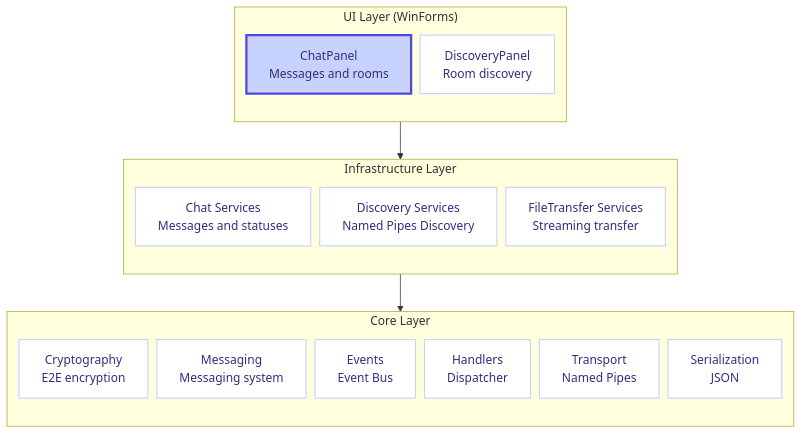
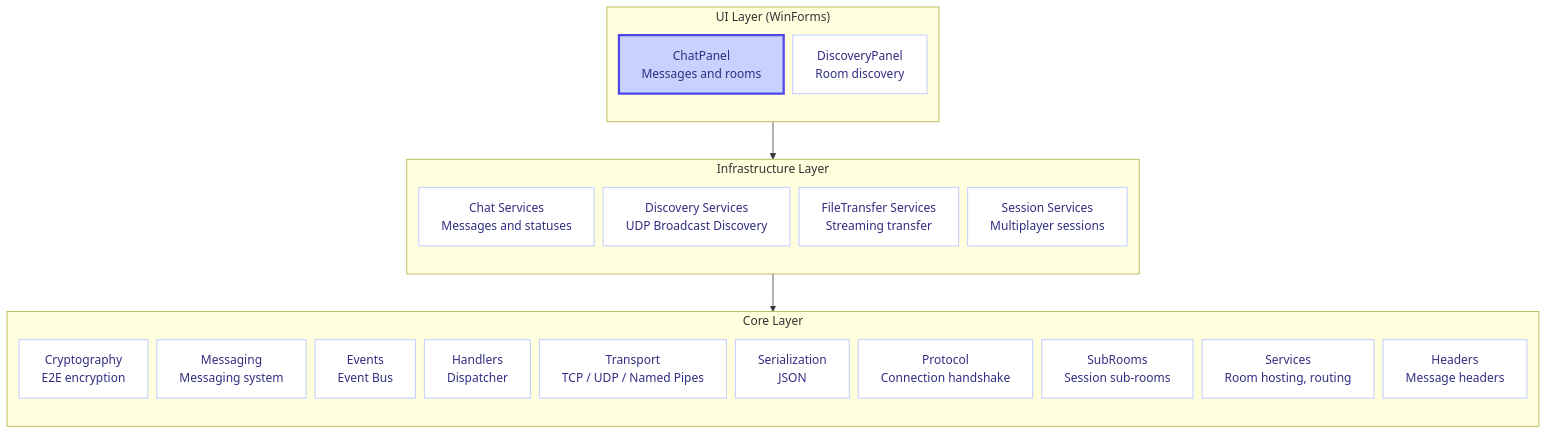
Before and after one commit to CasCadeVR/MIN: the first of 5 diagrams in README.md, drawn with Mermaid. The commit also changed other lines of this file and 218 other files, not shown here.

````diff
--- a/README.md
+++ b/README.md
@@ -48,41 +56,46 @@
 ```mermaid
 flowchart TB
     %%{init: {'flowchart': {'nodeSpacing': 12}}}%%
     classDef uiLayer fill:#dbeafe,stroke:#3b82f6,stroke-width:2px,color:#1e40af
     classDef infraLayer fill:#e0e7ff,stroke:#4f46e5,stroke-width:2px,color:#3730a3
     classDef coreLayer fill:#ede9fe,stroke:#7c3aed,stroke-width:2px,color:#5b21b6
     classDef component fill:#ffffff,stroke:#c7d2fe,stroke-width:1.5px,color:#312e81
     classDef highlight fill:#c7d2fe,stroke:#4f46e5,stroke-width:3px,color:#312e81
     
     subgraph UI["UI Layer (WinForms)"]
         direction TB
         A["ChatPanel<br>Messages and rooms"]
         B["DiscoveryPanel<br>Room discovery"]
     end
     
     subgraph INF["Infrastructure Layer"]
         direction TB
         C["Chat Services<br>Messages and statuses"]
-        D["Discovery Services<br>Named Pipes Discovery"]
+        D["Discovery Services<br>UDP Broadcast Discovery"]
         E["FileTransfer Services<br>Streaming transfer"]
+        F["Session Services<br>Multiplayer sessions"]
     end
     
     subgraph CORE["Core Layer"]
         direction TB
-        F["Cryptography<br>E2E encryption"]
-        G["Messaging<br>Messaging system"]
-        H["Events<br>Event Bus"]
-        I["Handlers<br>Dispatcher"]
-        J["Transport<br>Named Pipes"]
-        K["Serialization<br>JSON"]
+        G["Cryptography<br>E2E encryption"]
+        H["Messaging<br>Messaging system"]
+        I["Events<br>Event Bus"]
+        J["Handlers<br>Dispatcher"]
+        K["Transport<br>TCP / UDP / Named Pipes"]
+        L["Serialization<br>JSON"]
+        M["Protocol<br>Connection handshake"]
+        N["SubRooms<br>Session sub-rooms"]
+        O["Services<br>Room hosting, routing"]
+        P["Headers<br>Message headers"]
     end
     
     class A highlight;
-    class B,C,D,E,F,G,H,I,J,K component
+    class B,C,D,E,F,G,H,I,J,K,L,M,N,O,P component
     class UI uiLayer;
     class INF infraLayer;
     class CORE coreLayer
     
     UI --> INF
     INF --> CORE
 ```
````
